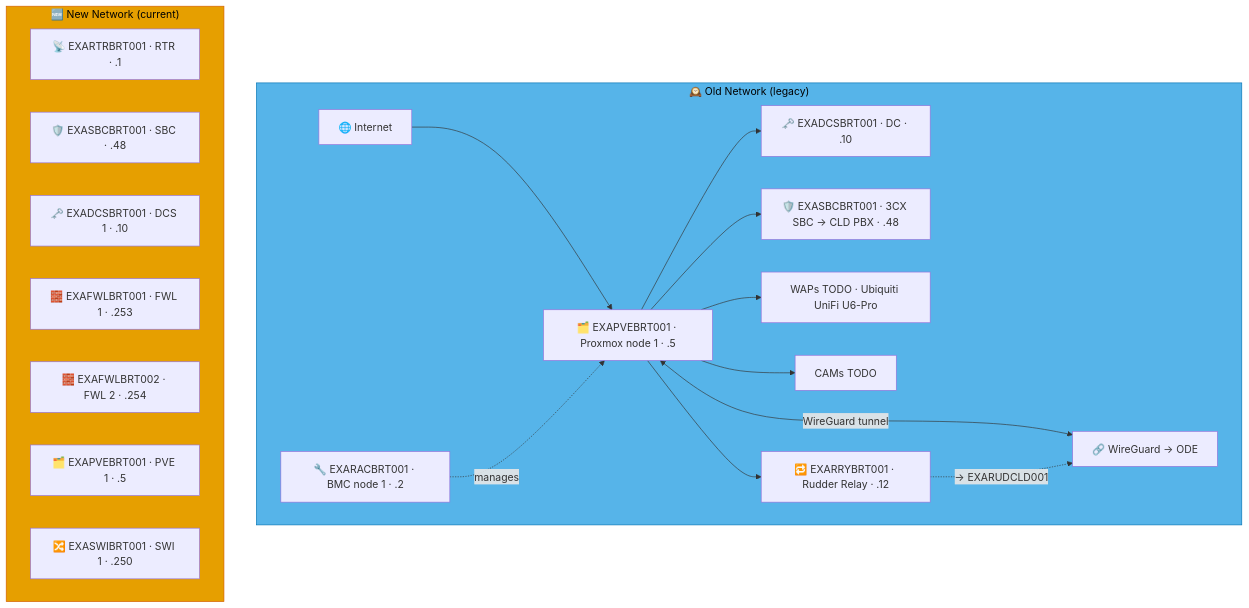
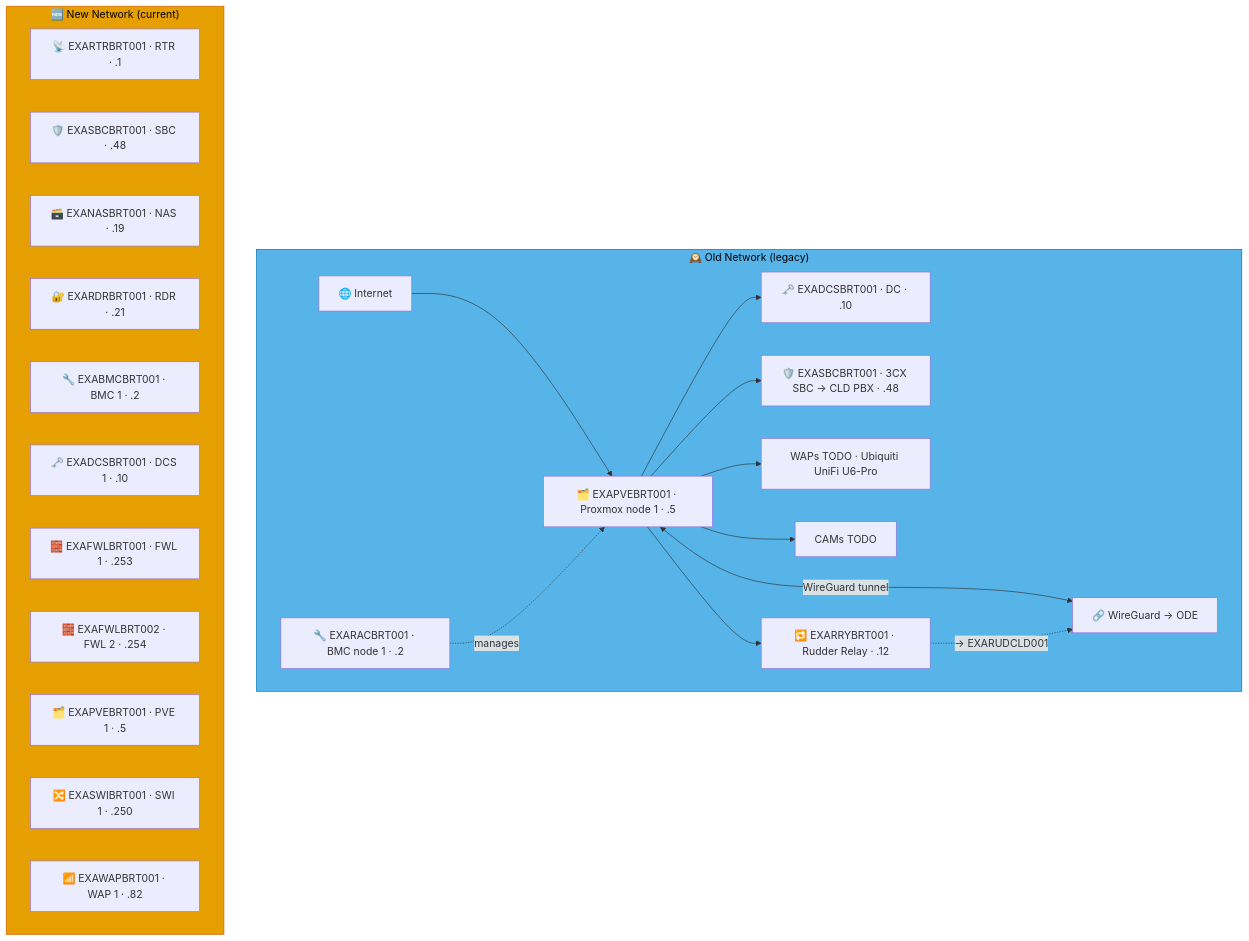
The diagram in docs/network-diagram/lebanon.md (knightmare2600/example_music_infra), drawn with Mermaid before and after one commit. The commit also changed 15 other files, not shown here.

````diff
--- a/docs/network-diagram/lebanon.md
+++ b/docs/network-diagram/lebanon.md
@@ -16,35 +16,39 @@
 ```mermaid
 graph TD
     subgraph OLD_BRT ["🕰️ Old Network (legacy)"]
       INET["🌐 Internet"]
       RAC["🔧 EXARACBRT001 · BMC node 1 · .2"]
       PVE["🗂️ EXAPVEBRT001 · Proxmox node 1 · .5"]
       DC["🗝️ EXADCSBRT001 · DC · .10"]
       SBC["🛡️ EXASBCBRT001 · 3CX SBC → CLD PBX · .48"]
       RRY["🔁 EXARRYBRT001 · Rudder Relay · .12"]
       WAP["WAPs TODO · Ubiquiti UniFi U6-Pro"]
       CAM["CAMs TODO"]
       VPN["🔗 WireGuard → ODE"]
 
       INET --> PVE --> DC & SBC
       RAC -.->|"manages"| PVE
       PVE --> WAP & CAM
       PVE <-->|"WireGuard tunnel"| VPN
 
       PVE --> RRY
       RRY -. "→ EXARUDCLD001" .-> VPN
     end
     style OLD_BRT fill:#56B4E9,stroke:#0072B2,color:#000000
     %% GENERATED:NEW-NETWORK:BRT:START
     subgraph NEW_BRT ["🆕 New Network (current)"]
       N_RTR["📡 EXARTRBRT001 · RTR · .1"]
       N_SBC["🛡️ EXASBCBRT001 · SBC · .48"]
+      N_NAS["🗃️ EXANASBRT001 · NAS · .19"]
+      N_RDR["🔐 EXARDRBRT001 · RDR · .21"]
+      N_BMC["🔧 EXABMCBRT001 · BMC 1 · .2"]
       N_DCS["🗝️ EXADCSBRT001 · DCS 1 · .10"]
       N_FWL["🧱 EXAFWLBRT001 · FWL 1 · .253"]
       N_FWL2["🧱 EXAFWLBRT002 · FWL 2 · .254"]
       N_PVE["🗂️ EXAPVEBRT001 · PVE 1 · .5"]
       N_SWI["🔀 EXASWIBRT001 · SWI 1 · .250"]
+      N_WAP["📶 EXAWAPBRT001 · WAP 1 · .82"]
     end
     style NEW_BRT fill:#E69F00,stroke:#D55E00,color:#000000
     %% GENERATED:NEW-NETWORK:BRT:END
 ```
````
